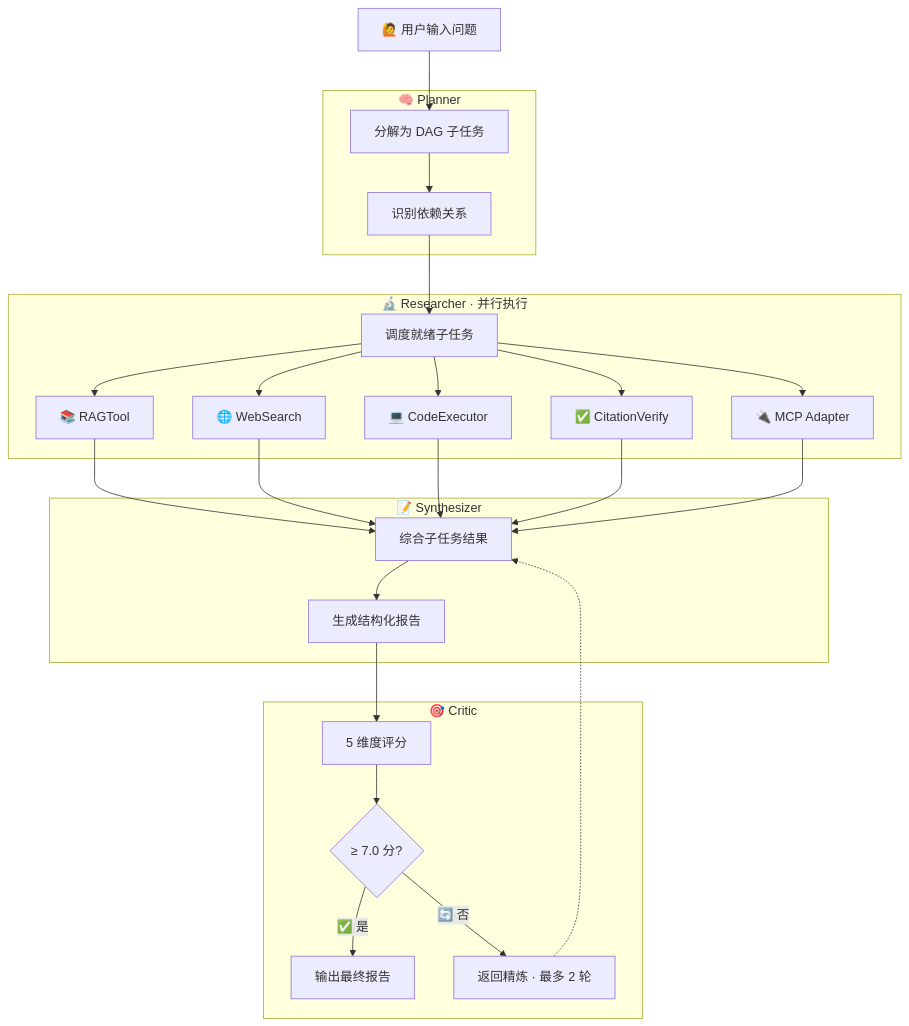
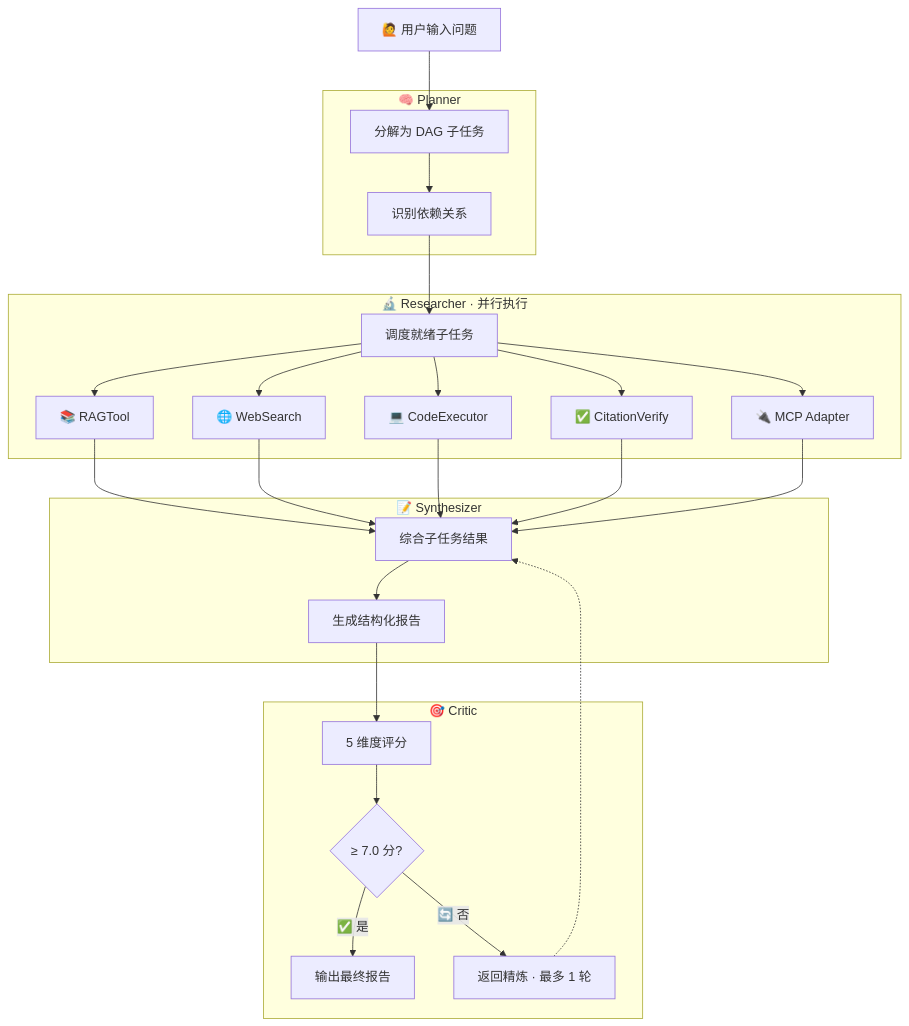
Before and after one commit to blankbrains/MindForge: the diagram in README.md, drawn with Mermaid. The commit also changed other lines of this file, not shown here.

````diff
--- a/README.md
+++ b/README.md
@@ -36,36 +36,36 @@
 ```mermaid
 flowchart TD
     A[🙋 用户输入问题] --> B1
     subgraph B[🧠 Planner]
         B1[分解为 DAG 子任务] --> B2[识别依赖关系]
     end
     B2 --> C0
     subgraph C[🔬 Researcher · 并行执行]
         C0[调度就绪子任务]
         C1[📚 RAGTool]
         C2[🌐 WebSearch]
         C3[💻 CodeExecutor]
         C4[✅ CitationVerify]
         C5[🔌 MCP Adapter]
     end
     C0 --> C1
     C0 --> C2
     C0 --> C3
     C0 --> C4
     C0 --> C5
     C1 --> D1
     C2 --> D1
     C3 --> D1
     C4 --> D1
     C5 --> D1
     subgraph D[📝 Synthesizer]
         D1[综合子任务结果] --> D2[生成结构化报告]
     end
     D2 --> E1
     subgraph E[🎯 Critic]
         E1[5 维度评分] --> E2{"≥ 7.0 分?"}
         E2 -- ✅ 是 --> E3[输出最终报告]
-        E2 -- 🔄 否 --> E4[返回精炼 · 最多 2 轮]
+        E2 -- 🔄 否 --> E4[返回精炼 · 最多 1 轮]
     end
     E4 -.-> D1
 ```
````
